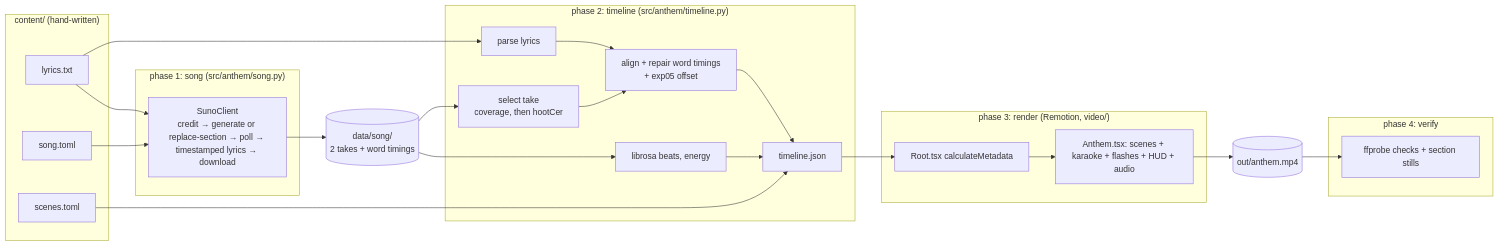
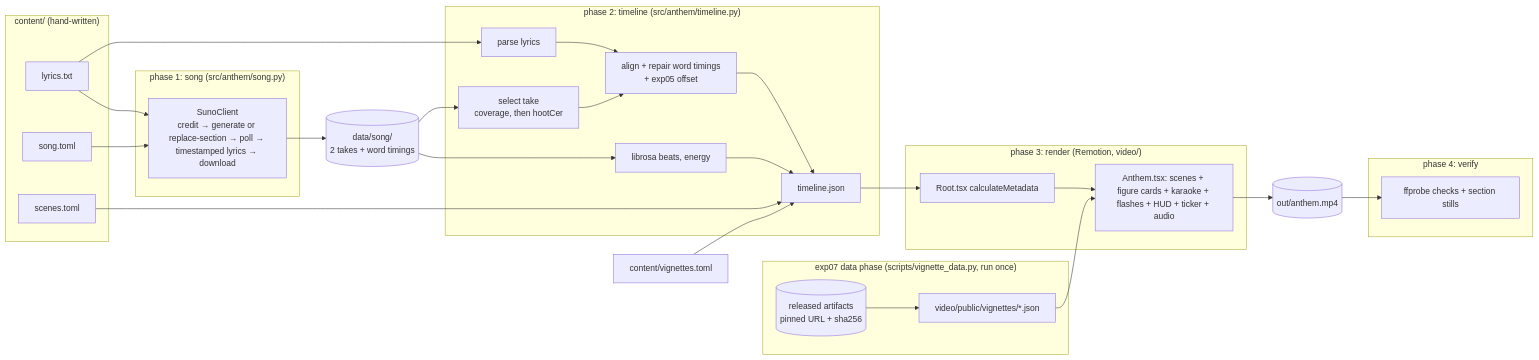
Before and after one commit to BurnyCoder/ambitious-science-of-information-processing-anthem: the diagram in README.md, drawn with Mermaid. The commit also changed other lines of this file and 14 other files, not shown here.

````diff
--- a/README.md
+++ b/README.md
@@ -88,28 +97,33 @@
 ```mermaid
 flowchart LR
     subgraph content["content/ (hand-written)"]
         L[lyrics.txt] & S[song.toml] & M[scenes.toml]
     end
     subgraph song["phase 1: song (src/anthem/song.py)"]
         C[SunoClient<br/>credit → generate or replace-section → poll → timestamped lyrics → download]
     end
     subgraph tl["phase 2: timeline (src/anthem/timeline.py)"]
         P[parse lyrics] --> A[align + repair word timings<br/>+ exp05 offset]
         T[select take<br/>coverage, then hootCer] --> A
         B[librosa beats, energy]
         A & B --> J[timeline.json]
     end
+    subgraph ext["exp07 data phase (scripts/vignette_data.py, run once)"]
+        X[(released artifacts<br/>pinned URL + sha256)] --> Y[video/public/vignettes/*.json]
+    end
     subgraph rd["phase 3: render (Remotion, video/)"]
-        R[Root.tsx calculateMetadata] --> V[Anthem.tsx: scenes + karaoke + flashes + HUD + audio]
+        R[Root.tsx calculateMetadata] --> V[Anthem.tsx: scenes + figure cards + karaoke + flashes + HUD + ticker + audio]
     end
     subgraph vf["phase 4: verify"]
         F[ffprobe checks + section stills]
     end
     L & S --> C --> D[(data/song/<br/>2 takes + word timings)]
     D --> T
     D --> B
     L --> P
     M --> J
+    W[content/vignettes.toml] --> J
     J --> R
+    Y --> V
     V --> O[(out/anthem.mp4)] --> F
 ```
````
